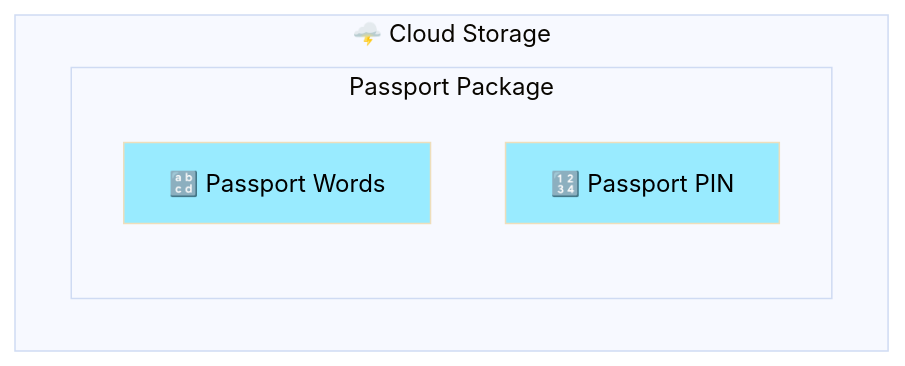
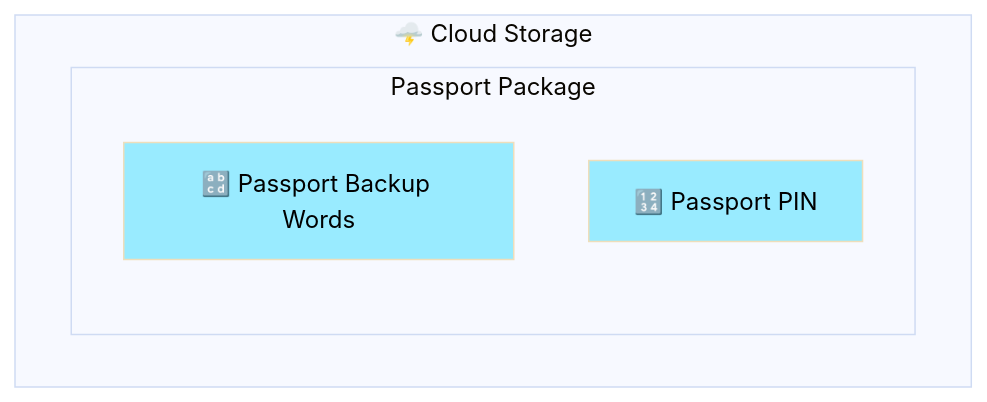
One commit to BlockchainCommons/SmartCustody changed diagram 38 of 60 in Docs/Scenario-Multisig.md. Above: the diagram before and after it, drawn with Mermaid (base theme). The commit also changed other lines of this file, not shown here.

````diff
--- a/Docs/Scenario-Multisig.md
+++ b/Docs/Scenario-Multisig.md
@@ -1145,11 +1146,11 @@
 ```mermaid
     graph TD
     subgraph cloud["🌩️ Cloud Storage"]
       subgraph "Passport Package"
-      H["🔡 Passport Words"]
+      H["🔡 Passport Backup Words"]
       I["🔢 Passport PIN"]
       end
     end
     style H color:#000,fill:#99ebff;
     style I color:#000,fill:#99ebff;
 ```
````
